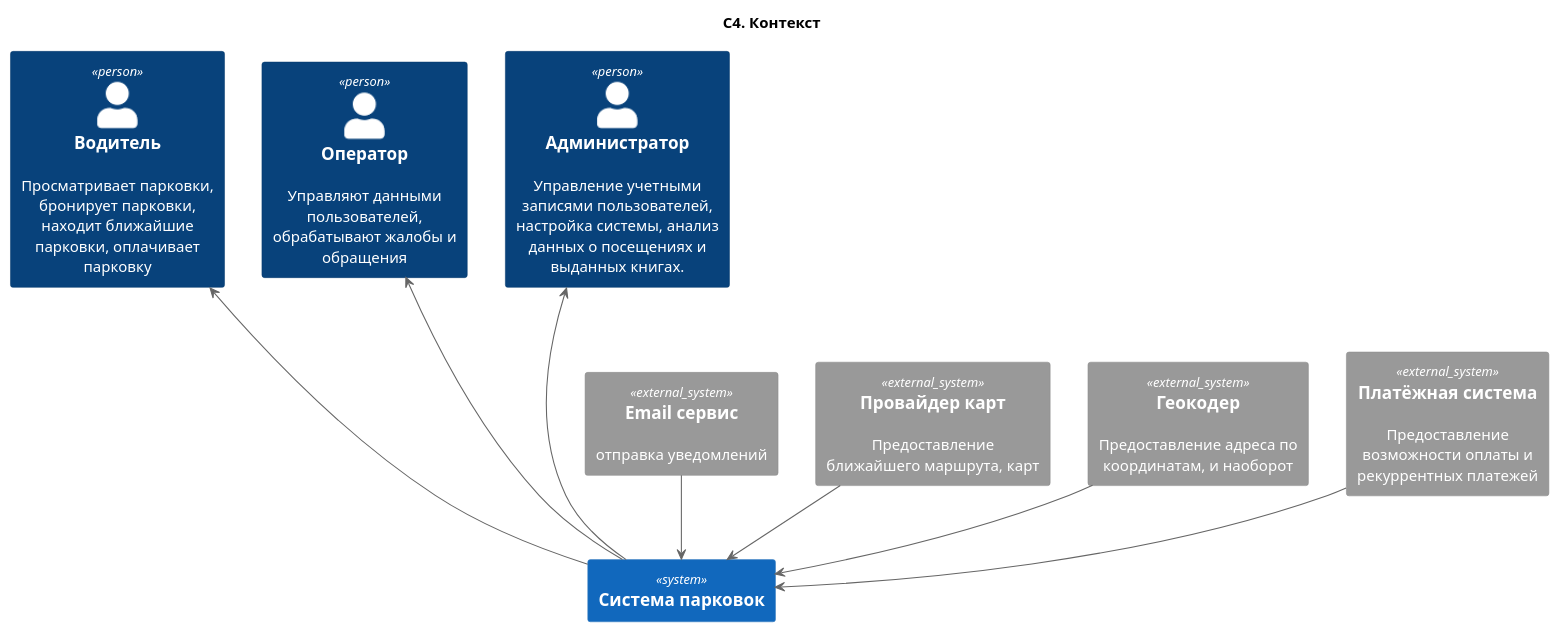
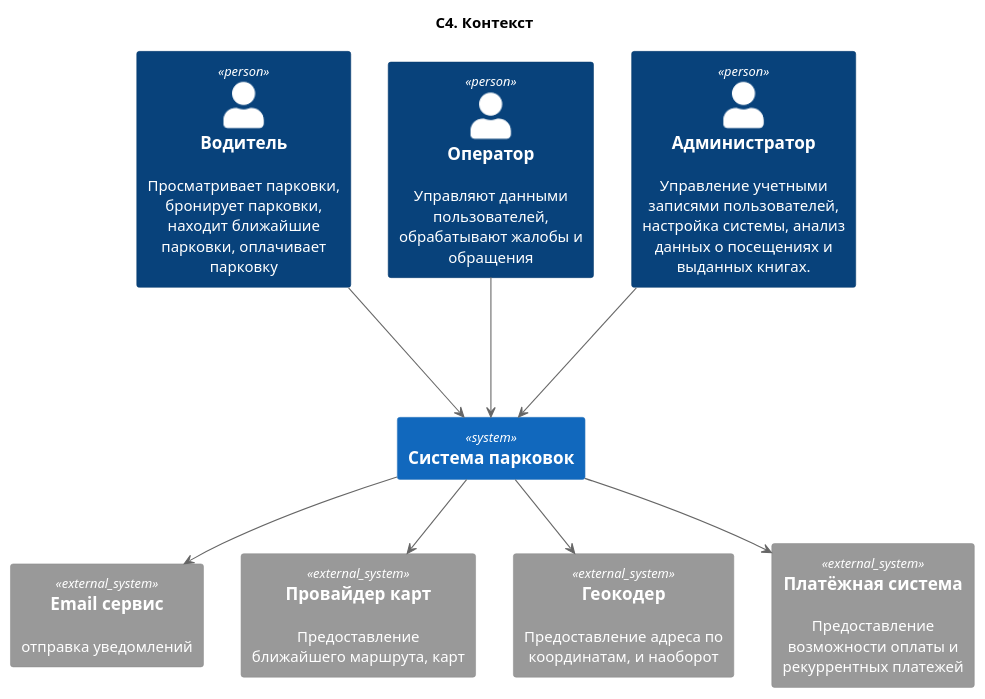
Before and after one commit to jmv52aof/project-doc: the diagram in 2. Технический проект/1_context.puml, drawn with PlantUML. The commit also changed other lines of this file and 10 other files, not shown here.

```diff
--- a/2. Технический проект/1_context.puml
+++ b/2. Технический проект/1_context.puml
@@ -1,24 +1,24 @@
 @startuml
 title "C4. Контекст"
 
 !include <C4/C4_Container>
 
 Person(driver, "Водитель", "Просматривает парковки, бронирует парковки, находит ближайшие парковки, оплачивает парковку")
 Person(operator, "Оператор", "Управляют данными пользователей, обрабатывают жалобы и обращения")
 Person(admin, "Администратор", "Управление учетными записями пользователей, настройка системы, анализ данных о посещениях и выданных книгах.")
 
 System(parkingSystem, "Система парковок")
-driver <--- parkingSystem
-operator <--- parkingSystem
-admin <--- parkingSystem
+driver ---> parkingSystem
+operator ---> parkingSystem
+admin ---> parkingSystem
 
 System_Ext(email, "Email сервис", "отправка уведомлений")
 System_Ext(maps, "Провайдер карт", "Предоставление ближайшего маршрута, карт")
 System_Ext(geocoder, "Геокодер", "Предоставление адреса по координатам, и наоборот")
 System_Ext(paymentSystem, "Платёжная система", "Предоставление возможности оплаты и рекуррентных платежей")
 
-email --> parkingSystem
-maps --> parkingSystem
-geocoder --> parkingSystem
-paymentSystem --> parkingSystem
+parkingSystem --> email
+parkingSystem --> maps
+parkingSystem --> geocoder
+parkingSystem --> paymentSystem
 @enduml
```
